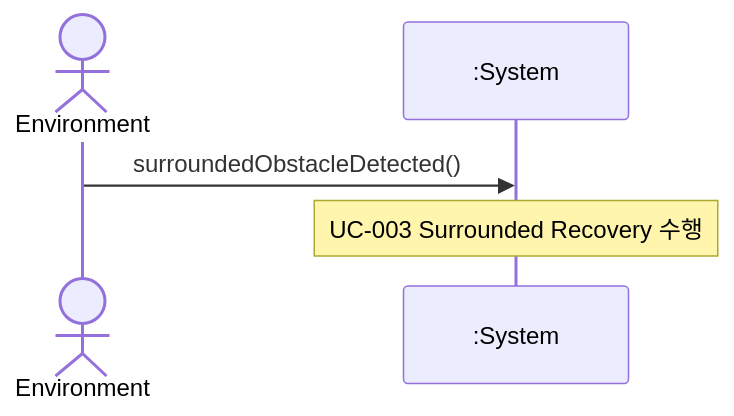
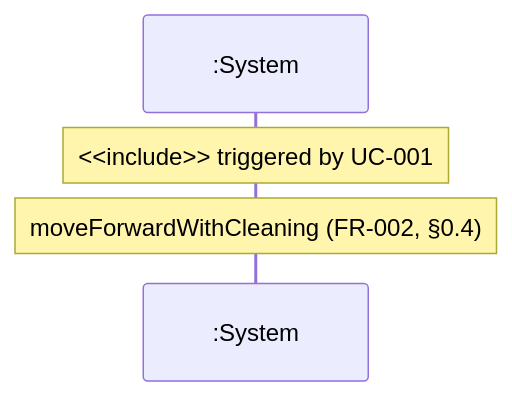
Before and after one commit to yul2yak/rvc_control_ooad: the second of 2 diagrams in docs/OOA/UseCases/UC-002.md, drawn with Mermaid. The commit also changed other lines of this file and 9 other files, not shown here.

Commit message:
Use Case Diagram 추가, 스킬 추가

````diff
--- a/docs/OOA/UseCases/UC-002.md
+++ b/docs/OOA/UseCases/UC-002.md
@@ -137,7 +54,6 @@
 ```mermaid
 sequenceDiagram
-actor E as Environment
 participant S as :System
-E->>S: surroundedObstacleDetected()
-Note over S: UC-003 Surrounded Recovery 수행
+Note over S: <<include>> triggered by UC-001
+Note over S: moveForwardWithCleaning (FR-002, §0.4)
 ```
````
